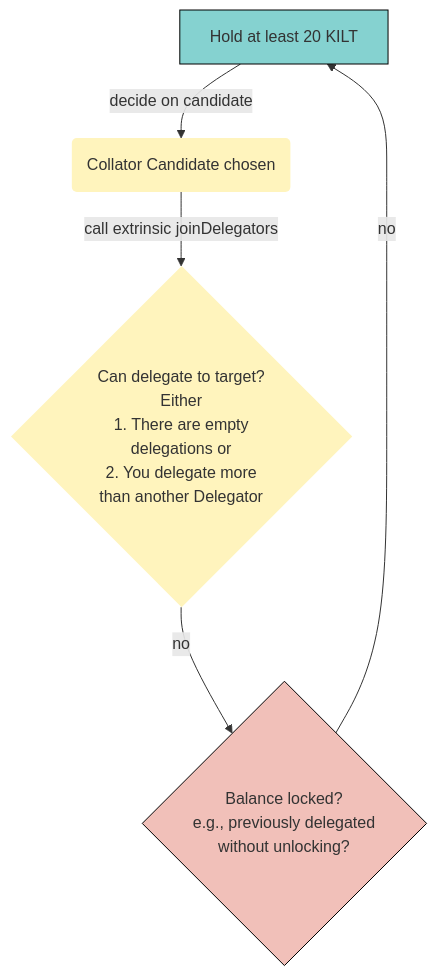
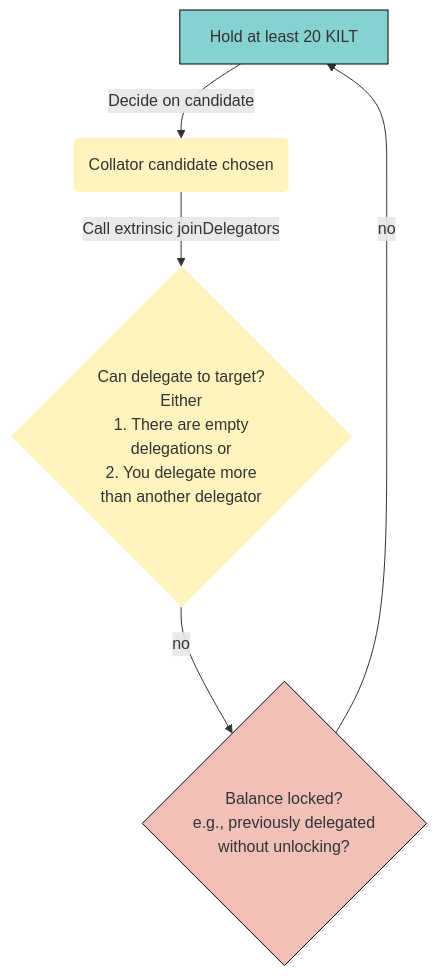
The second of 2 diagrams in docs/participate/01_staking/03_delegate/02_become.md (KILTprotocol/docs), drawn with Mermaid before and after one commit. The commit also changed other lines of this file and 30 other files, not shown here.

````diff
--- a/docs/participate/01_staking/03_delegate/02_become.md
+++ b/docs/participate/01_staking/03_delegate/02_become.md
@@ -76,18 +76,18 @@
 ```mermaid
 flowchart TD
-   A["Hold at least 20 KILT"] --> |"decide on candidate"| B("Collator Candidate chosen");
-   B --> |"call extrinsic joinDelegators"| C{"Can delegate to target? \n Either \n 1. There are empty \n delegations or \n 2. You delegate more \n than another Delegator"};
+   A["Hold at least 20 KILT"] --> |"Decide on candidate"| B("Collator candidate chosen");
+   B --> |"Call extrinsic joinDelegators"| C{"Can delegate to target? \n Either \n 1. There are empty \n delegations or \n 2. You delegate more \n than another delegator"};
    C --> |no| C2{"Balance locked?\n e.g., previously delegated \n without unlocking?"}
    C2 --> |no| A
 
     %% Styles
     A:::unstakedFreeKilt
     B:::preDelegationCheck
     C:::preDelegationCheck
     C2:::notDelegating
     
     %% StyleDef
     classDef preDelegationCheck fill:#FFF4BD,stroke:none;
     classDef notDelegating fill:#F1C0B9, stroke:black, stroke-width:1px;
     classDef unstakedFreeKilt fill:#85D2D0,stroke:black, stroke-width:1px
 ```
````
